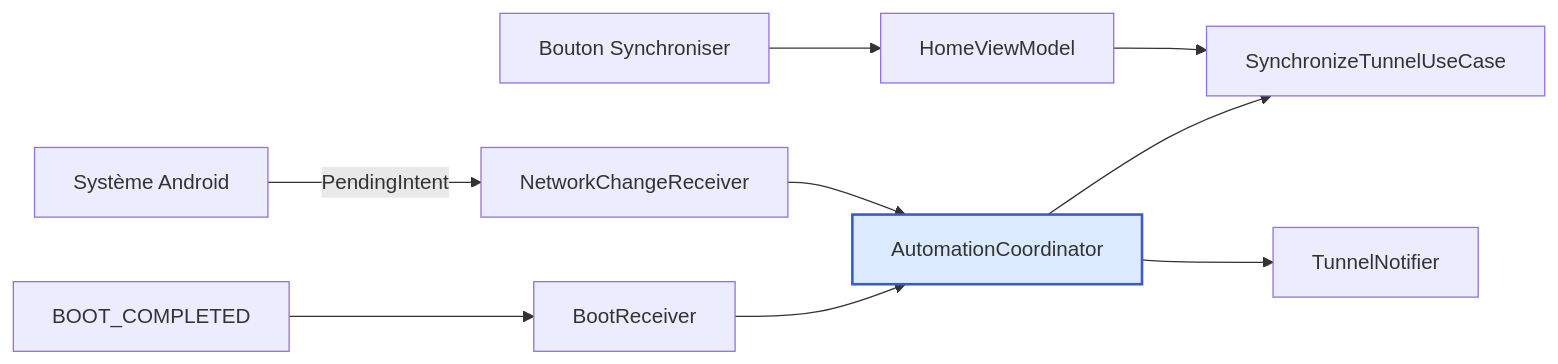
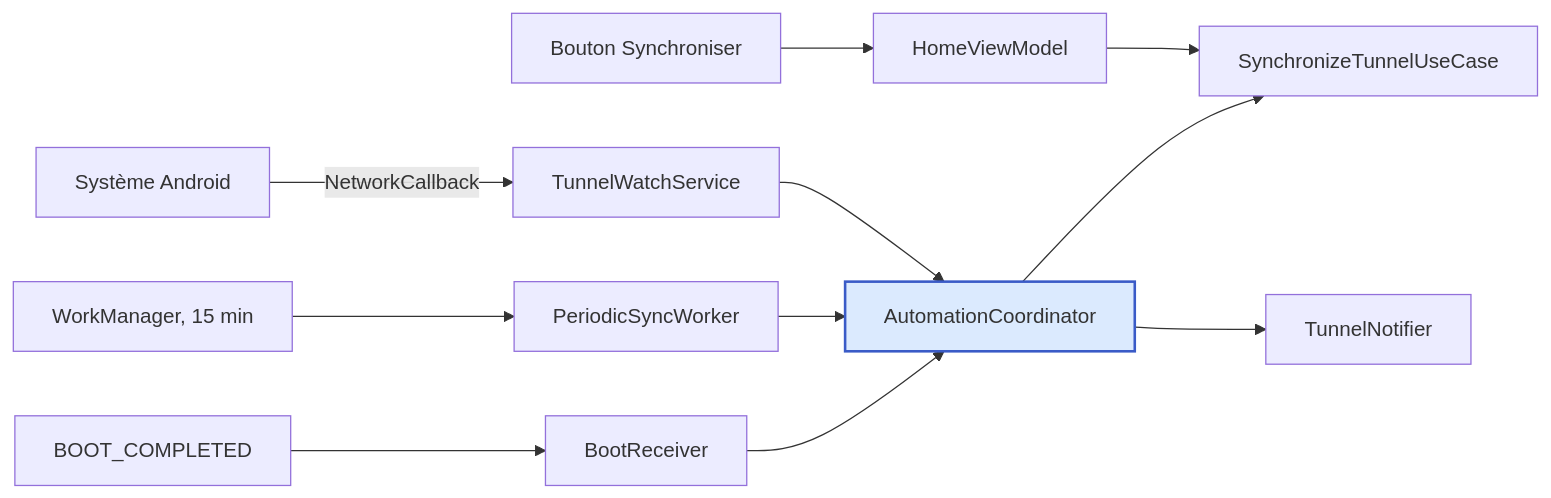
The fourth of 4 diagrams in ARCHITECTURE.md (c4software/tailscale-auto-rules), drawn with Mermaid before and after one commit. The commit also changed other lines of this file and 36 other files, not shown here.

````diff
--- a/ARCHITECTURE.md
+++ b/ARCHITECTURE.md
@@ -410,14 +410,16 @@
 ```mermaid
 graph LR
-    S["Système Android"] -->|PendingIntent| R["NetworkChangeReceiver"]
+    S["Système Android"] -->|NetworkCallback| SV["TunnelWatchService"]
+    W["WorkManager, 15 min"] --> PW["PeriodicSyncWorker"]
     B["BOOT_COMPLETED"] --> BR["BootReceiver"]
     U["Bouton Synchroniser"] --> VM["HomeViewModel"]
 
-    R --> C["AutomationCoordinator"]
+    SV --> C["AutomationCoordinator"]
+    PW --> C
     BR --> C
     VM --> UC["SynchronizeTunnelUseCase"]
     C --> UC
     C --> N["TunnelNotifier"]
 
     style C fill:#dbeafe,stroke:#3a5bc7,stroke-width:2px
 ```
````
